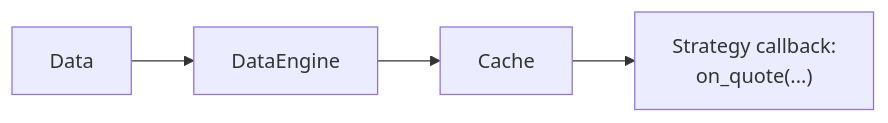
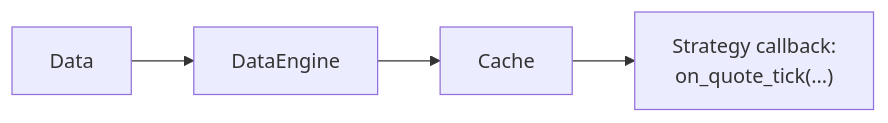
One commit to sbOogway/nautilus_trader changed the diagram in docs/concepts/cache.md. Above: the diagram before and after it, drawn with Mermaid. The commit also changed other lines of this file and 3160 other files, not shown here.

````diff
--- a/docs/concepts/cache.md
+++ b/docs/concepts/cache.md
@@ -29,9 +29,9 @@
 ```mermaid
 flowchart LR
     data[Data]
     engine[DataEngine]
     cache[Cache]
-    callback["Strategy callback:<br/>on_quote(...)"]
+    callback["Strategy callback:<br/>on_quote_tick(...)"]
 
     data --> engine --> cache --> callback
 ```
````
